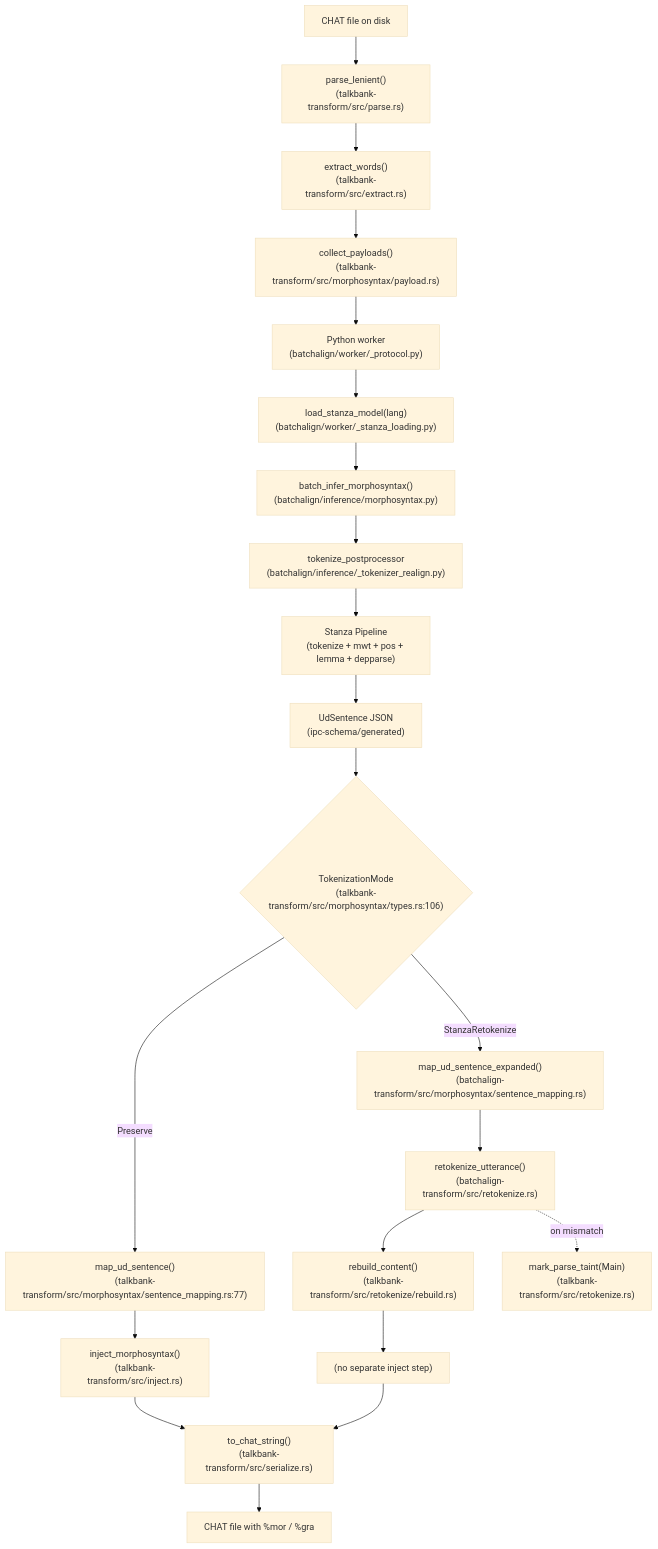
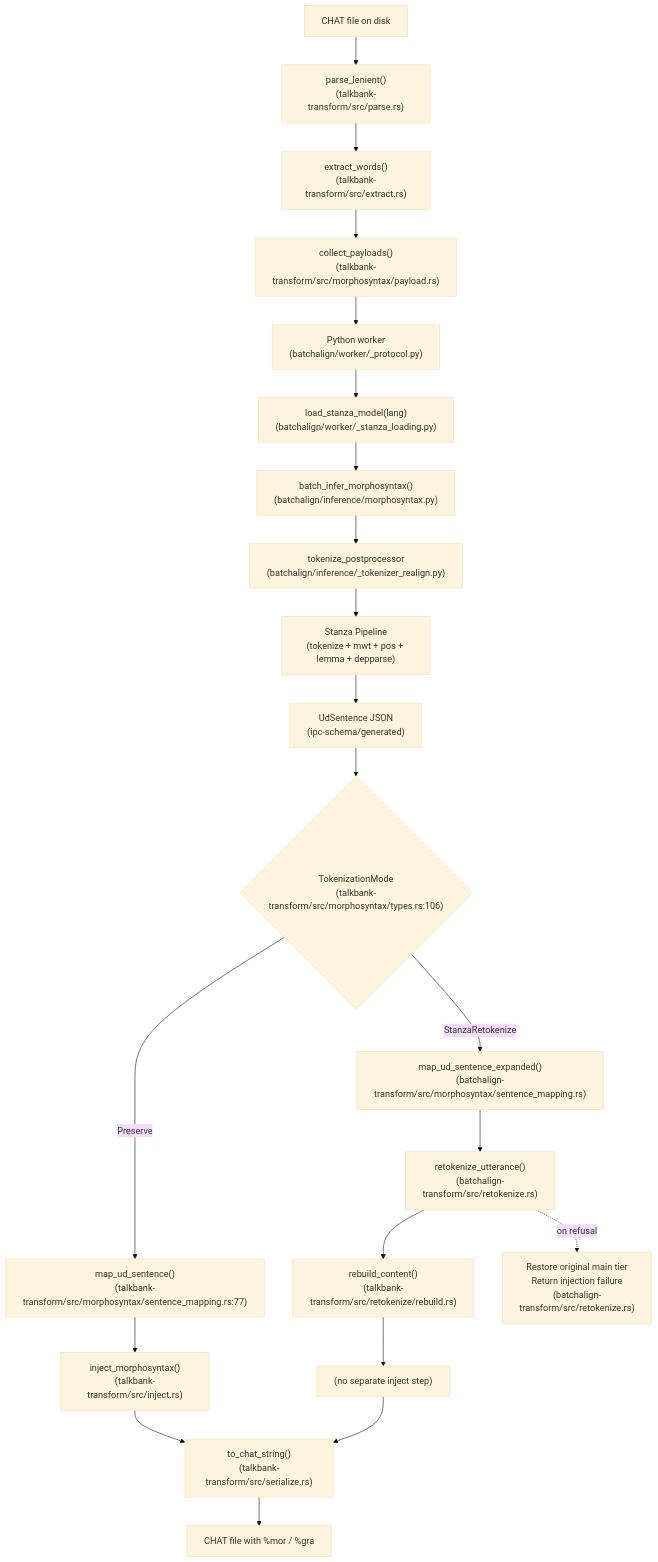
Before and after one commit to FranklinChen/talkbank-tools: the first of 4 diagrams in book/src/batchalign/reference/morphotag-retokenization.md, drawn with Mermaid (base theme). The commit also changed other lines of this file and 412 other files, not shown here.

````diff
--- a/book/src/batchalign/reference/morphotag-retokenization.md
+++ b/book/src/batchalign/reference/morphotag-retokenization.md
@@ -128,27 +170,27 @@
 ```mermaid
 flowchart TD
     Cha["CHAT file on disk"] --> Parse["parse_lenient()\n(talkbank-transform/src/parse.rs)"]
     Parse --> Extract["extract_words()\n(talkbank-transform/src/extract.rs)"]
     Extract --> Collect["collect_payloads()\n(talkbank-transform/src/morphosyntax/payload.rs)"]
     Collect --> Worker["Python worker\n(batchalign/worker/_protocol.py)"]
     Worker --> Load["load_stanza_model(lang)\n(batchalign/worker/_stanza_loading.py)"]
     Load --> Infer["batch_infer_morphosyntax()\n(batchalign/inference/morphosyntax.py)"]
     Infer --> Postproc["tokenize_postprocessor\n(batchalign/inference/_tokenizer_realign.py)"]
     Postproc --> Stanza["Stanza Pipeline\n(tokenize + mwt + pos + lemma + depparse)"]
     Stanza --> Raw["UdSentence JSON\n(ipc-schema/generated)"]
     Raw --> Mode{"TokenizationMode\n(talkbank-transform/src/morphosyntax/types.rs:106)"}
 
     Mode -->|"Preserve"| MapMerge["map_ud_sentence()\n(talkbank-transform/src/morphosyntax/sentence_mapping.rs:77)"]
     MapMerge --> InjectP["inject_morphosyntax()\n(talkbank-transform/src/inject.rs)"]
     InjectP --> Serial["to_chat_string()\n(talkbank-transform/src/serialize.rs)"]
 
     Mode -->|"StanzaRetokenize"| MapExp["map_ud_sentence_expanded()\n(batchalign-transform/src/morphosyntax/sentence_mapping.rs)"]
     MapExp --> Retok["retokenize_utterance()\n(batchalign-transform/src/retokenize.rs)"]
     Retok --> Rebuild["rebuild_content()\n(talkbank-transform/src/retokenize/rebuild.rs)"]
     Rebuild --> InjectR["(no separate inject step)"]
     InjectR --> Serial
 
     Serial --> Out["CHAT file with %mor / %gra"]
 
-    Retok -.->|"on mismatch"| Taint["mark_parse_taint(Main)\n(talkbank-transform/src/retokenize.rs)"]
+    Retok -.->|"on refusal"| Refuse["Restore original main tier\nReturn injection failure\n(batchalign-transform/src/retokenize.rs)"]
 ```
````
